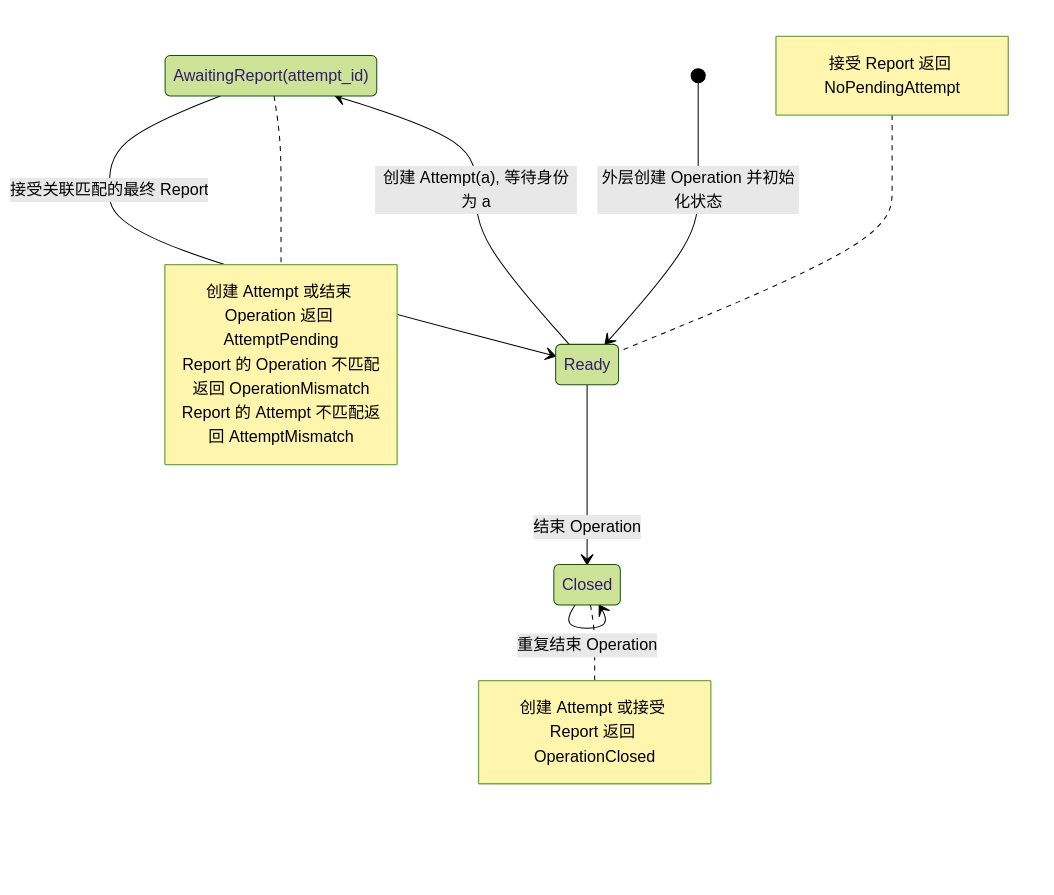
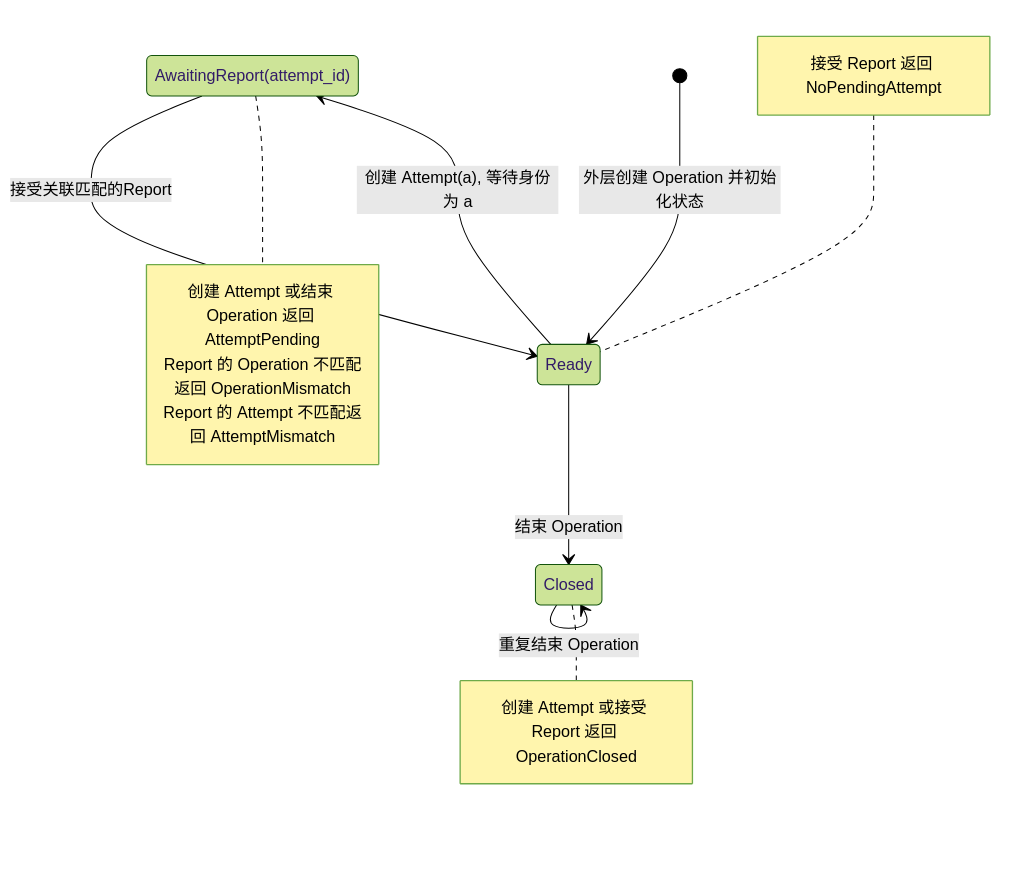
One commit to Everfold/Beamlet changed the first of 2 diagrams in spec/kernel.md. Above: the diagram before and after it, drawn with Mermaid (forest theme). The commit also changed other lines of this file and 8 other files, not shown here.

````diff
--- a/spec/kernel.md
+++ b/spec/kernel.md
@@ -29,24 +29,24 @@
 ```mermaid
 stateDiagram-v2
     state "AwaitingReport(attempt_id)" as AwaitingReport
 
     [*] --> Ready: 外层创建 Operation 并初始化状态
     Ready --> AwaitingReport: 创建 Attempt(a), 等待身份为 a
-    AwaitingReport --> Ready: 接受关联匹配的最终 Report
+    AwaitingReport --> Ready: 接受关联匹配的Report
     Ready --> Closed: 结束 Operation
     Closed --> Closed: 重复结束 Operation
 
     note left of Ready
         接受 Report 返回 NoPendingAttempt
     end note
 
     note right of AwaitingReport
         创建 Attempt 或结束 Operation 返回 AttemptPending
         Report 的 Operation 不匹配返回 OperationMismatch
         Report 的 Attempt 不匹配返回 AttemptMismatch
     end note
 
     note right of Closed
         创建 Attempt 或接受 Report 返回 OperationClosed
     end note
 ```
````
